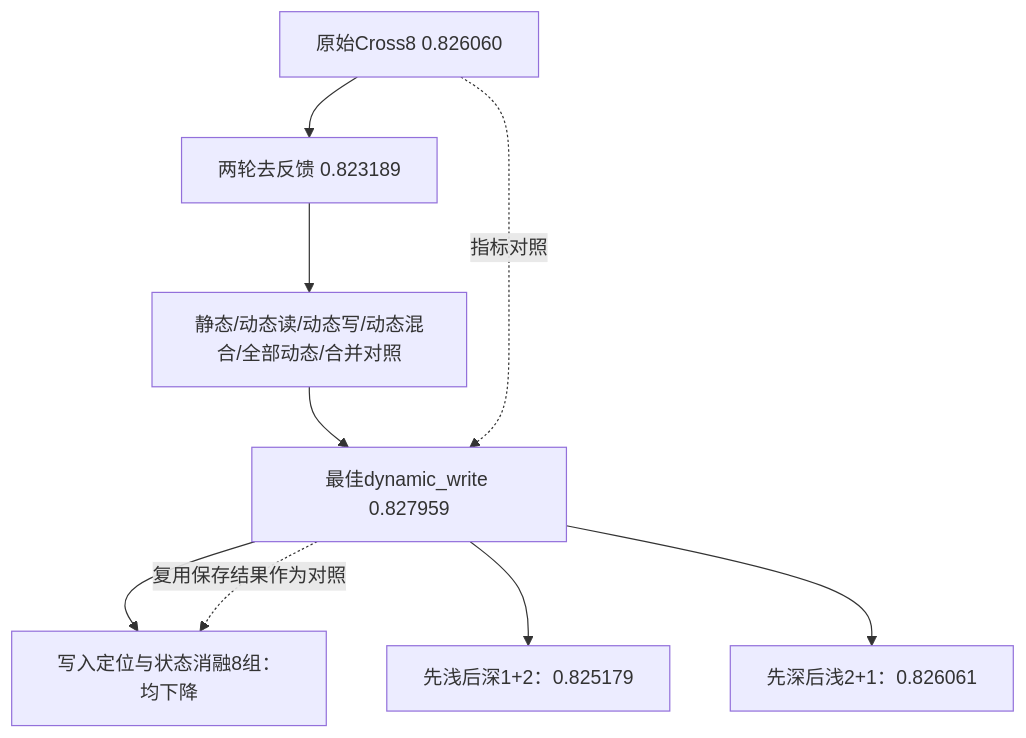
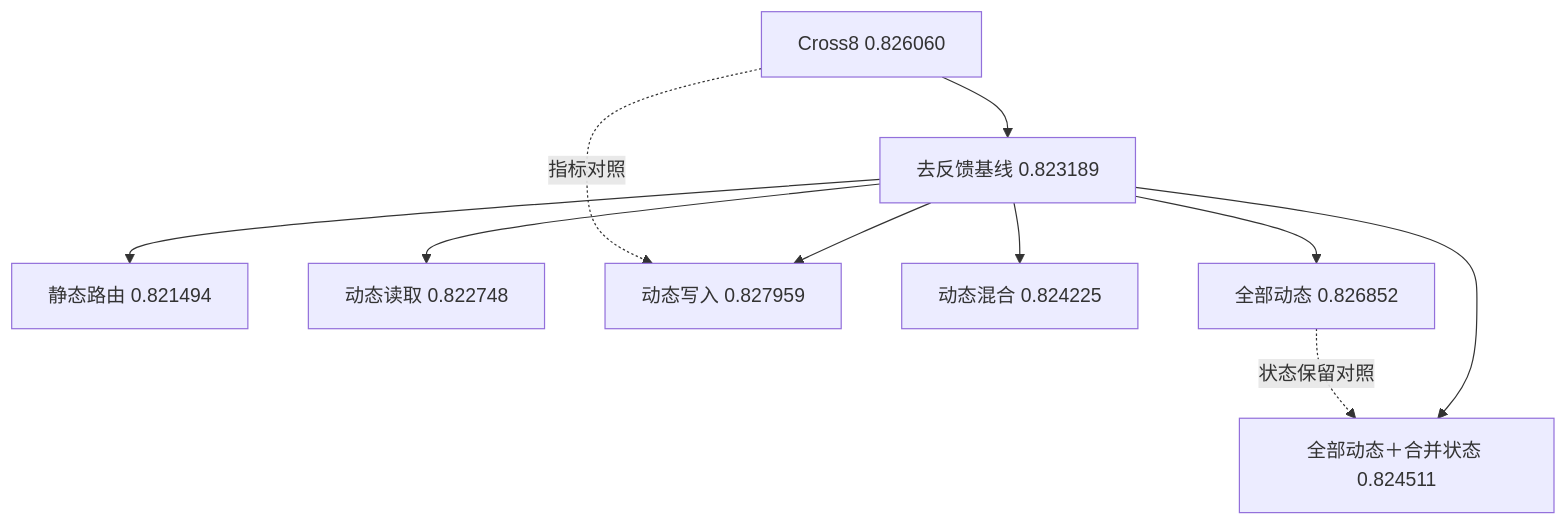
The diagram in docs/experiments/2026-09-15-loopctr-multistream/LINEAGE.md (Lingsss1/rec-harness), drawn with Mermaid before and after one commit. The commit also changed other lines of this file and 346 other files, not shown here.

````diff
--- a/docs/experiments/2026-09-15-loopctr-multistream/LINEAGE.md
+++ b/docs/experiments/2026-09-15-loopctr-multistream/LINEAGE.md
@@ -3,11 +3,12 @@
 ```mermaid
 flowchart TD
- C[原始Cross8 0.826060] --> N[两轮去反馈 0.823189]
- N --> S[静态/动态读/动态写/动态混合/全部动态/合并对照]
- S --> W[最佳dynamic_write 0.827959]
- W --> L[写入定位与状态消融8组：均下降]
- W --> SD[先浅后深1+2：0.825179]
- W --> DS[先深后浅2+1：0.826061]
+ C[Cross8 0.826060] --> N[去反馈基线 0.823189]
+ N --> S[静态路由 0.821494]
+ N --> R[动态读取 0.822748]
+ N --> W[动态写入 0.827959]
+ N --> B[动态混合 0.824225]
+ N --> A[全部动态 0.826852]
+ N --> X[全部动态＋合并状态 0.824511]
  C -.指标对照.-> W
- W -.复用保存结果作为对照.-> L
+ A -.状态保留对照.-> X
 ```
````
